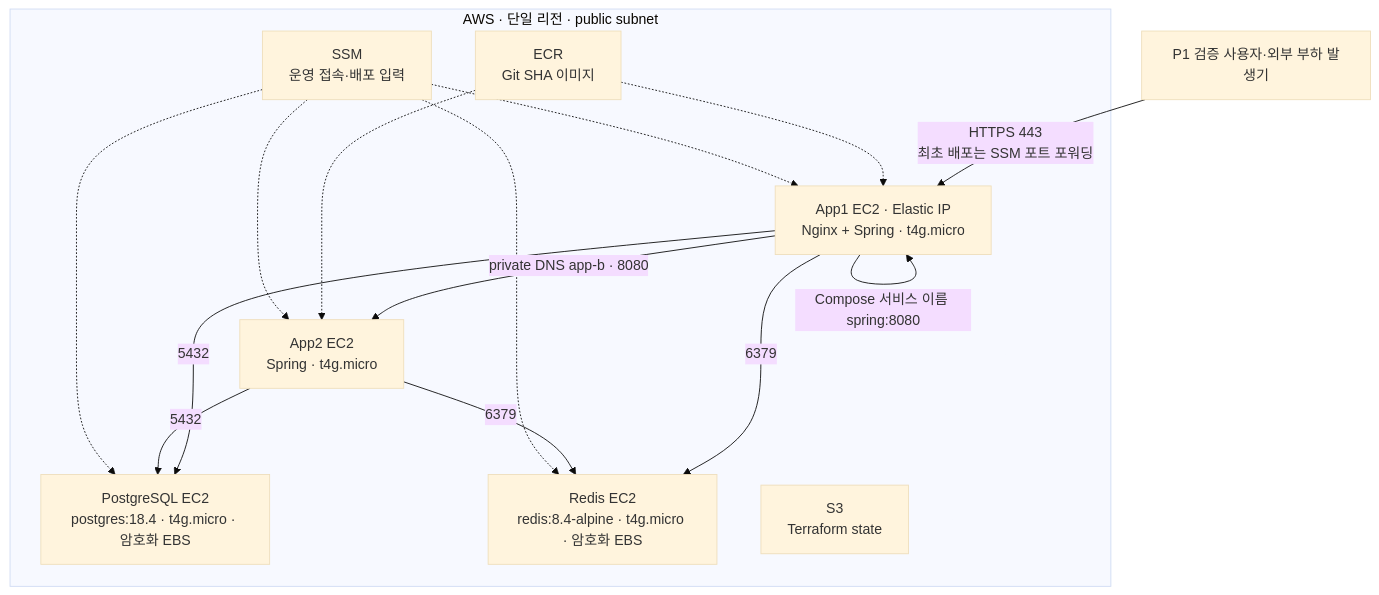
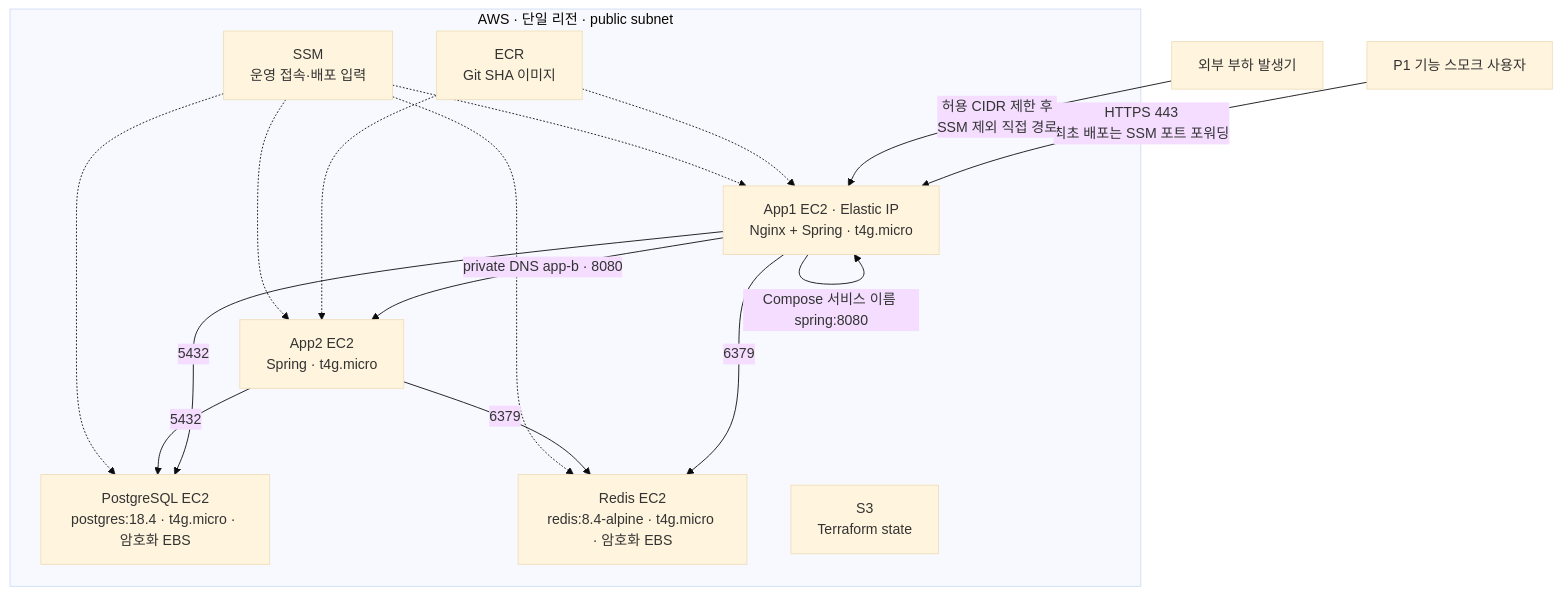
One commit to bamsongi-club/albam-mate changed the first of 2 diagrams in docs/guides/AWS_MULTI_INSTANCE_INFRASTRUCTURE.md. Above: the diagram before and after it, drawn with Mermaid (base theme). The commit also changed other lines of this file, not shown here.

Commit message:
docs: 배포 검증 경계와 App2 호스트 계약 정정

````diff
--- a/docs/guides/AWS_MULTI_INSTANCE_INFRASTRUCTURE.md
+++ b/docs/guides/AWS_MULTI_INSTANCE_INFRASTRUCTURE.md
@@ -39,27 +39,28 @@
 ```mermaid
 flowchart TB
-    USER["P1 검증 사용자·외부 부하 발생기"] -->|"HTTPS 443<br/>최초 배포는 SSM 포트 포워딩"| NGINX["App1 EC2 · Elastic IP<br/>Nginx + Spring · t4g.micro"]
+    USER["P1 기능 스모크 사용자"] -->|"HTTPS 443<br/>최초 배포는 SSM 포트 포워딩"| NGINX["App1 EC2 · Elastic IP<br/>Nginx + Spring · t4g.micro"]
+    LOADGEN["외부 부하 발생기"] -->|"허용 CIDR 제한 후<br/>SSM 제외 직접 경로"| NGINX
 
     subgraph AWS["AWS · 단일 리전 · public subnet"]
         NGINX
         APP2["App2 EC2<br/>Spring · t4g.micro"]
         DB["PostgreSQL EC2<br/>postgres:18.4 · t4g.micro · 암호화 EBS"]
         REDIS["Redis EC2<br/>redis:8.4-alpine · t4g.micro · 암호화 EBS"]
         ECR["ECR<br/>Git SHA 이미지"]
         SSM["SSM<br/>운영 접속·배포 입력"]
         STATE["S3<br/>Terraform state"]
     end
 
     NGINX -->|"Compose 서비스 이름 spring:8080"| NGINX
     NGINX -->|"private DNS app-b · 8080"| APP2
     NGINX -->|"5432"| DB
     APP2 -->|"5432"| DB
     NGINX -->|"6379"| REDIS
     APP2 -->|"6379"| REDIS
     ECR -.-> NGINX
     ECR -.-> APP2
     SSM -.-> NGINX
     SSM -.-> APP2
     SSM -.-> DB
     SSM -.-> REDIS
 ```
````
